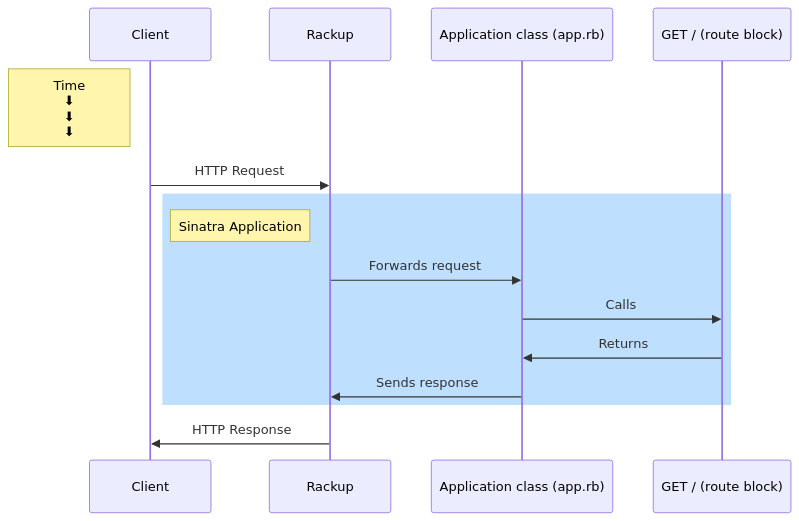
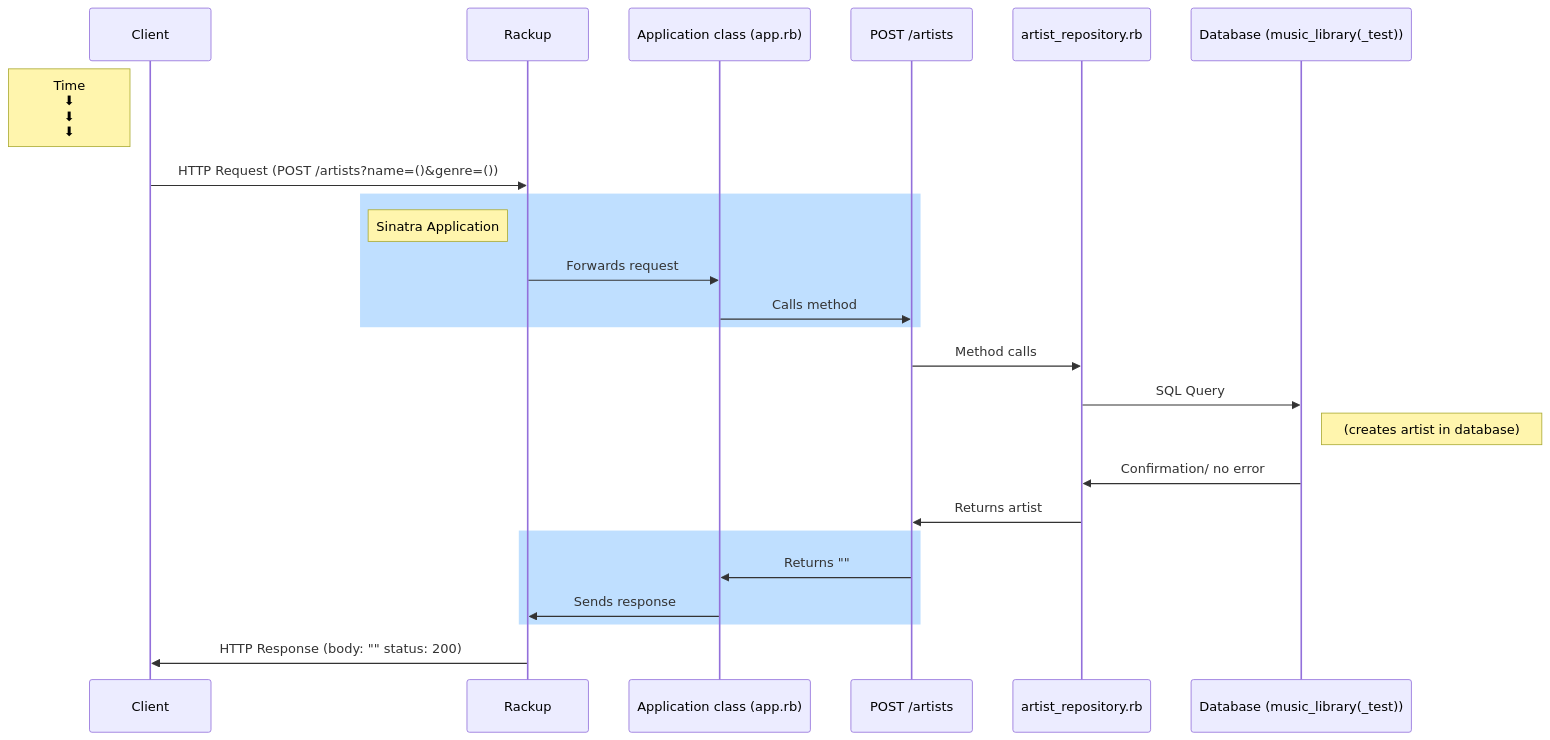
Before and after one commit to JC-Morgan/web-applications: the diagram in music_library_db_app/post_artists_sequence_diagram.md, drawn with Mermaid. The commit also changed other lines of this file and 1 other file, not shown here.

Commit message:
Post artists sequence diagram

````diff
--- a/music_library_db_app/post_artists_sequence_diagram.md
+++ b/music_library_db_app/post_artists_sequence_diagram.md
@@ -11,22 +4,31 @@
 ```mermaid
 sequenceDiagram
     participant c as Client
     participant rack as Rackup
     participant app as Application class (app.rb)
-    participant g_block as GET / (route block)
+    participant p_block as POST /artists
+    participant ar as artist_repository.rb
+    participant db as Database (music_library(_test))
 
     Note left of c: Time <br />⬇ <br /> ⬇ <br /> ⬇
 
-    c->>rack: HTTP Request
+    c->>rack: HTTP Request (POST /artists?name=()&genre=())
 
     rect rgb(191, 223, 255)
     Note left of rack: Sinatra Application
     rack->>app: Forwards request
-    app->>g_block: Calls
-    g_block->>app: Returns
+    app->>p_block: Calls method
+    end
+    p_block->>ar: Method calls
+    ar->>db: SQL Query
+    Note right of db: (creates artist in database)
+    db->>ar: Confirmation/ no error
+    ar->>p_block: Returns artist
+    rect rgb(191, 223, 255)
+    p_block->>app: Returns ""
     app->>rack: Sends response
     end
 
-    rack->>c: HTTP Response
+    rack->>c: HTTP Response (body: "" status: 200)
 
 ```
````
